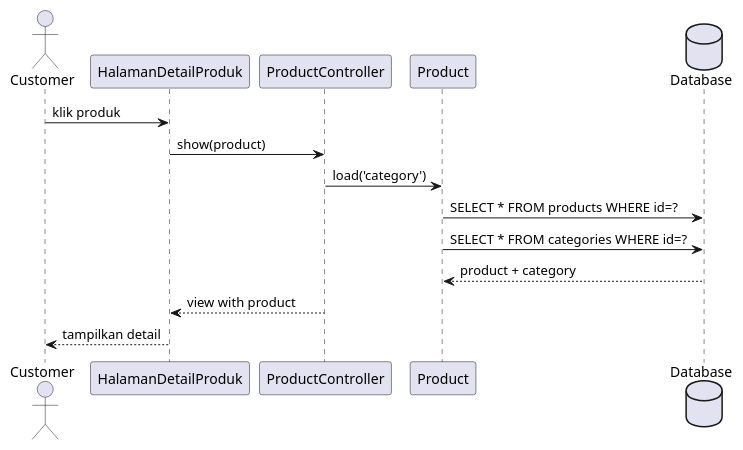
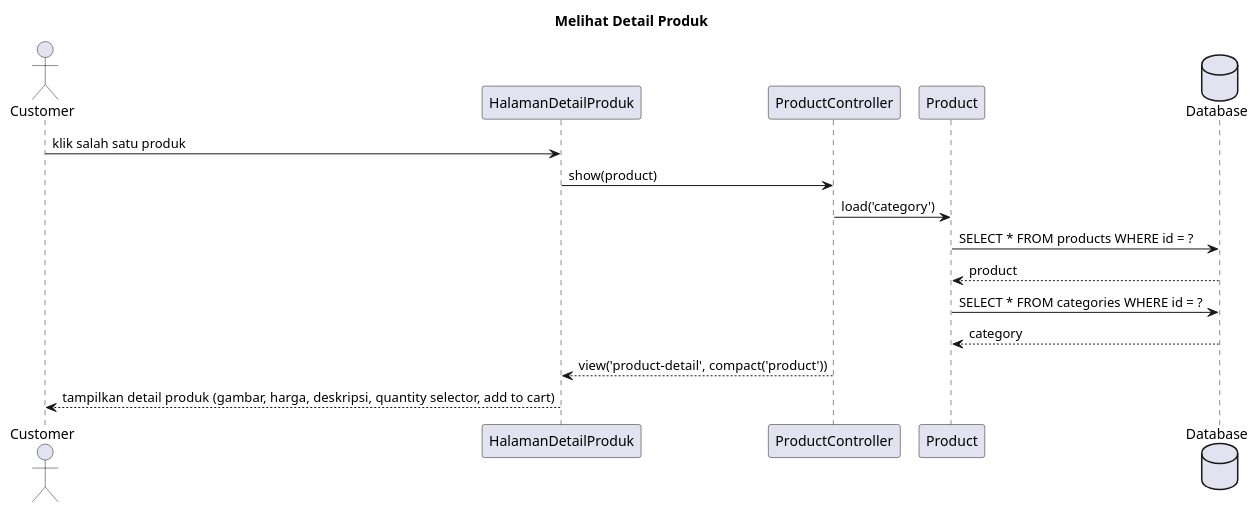
Before and after one commit to notsorcerer/ABP-WEB: the fourth of 10 diagrams in DPPL.md, drawn with PlantUML. The commit also changed other lines of this file and 1 other file, not shown here.

````diff
--- a/DPPL.md
+++ b/DPPL.md
@@ -1241,20 +1168,21 @@
 ```plantuml
 @startuml
+title Melihat Detail Produk
+
 actor Customer
 participant "HalamanDetailProduk" as UI
 participant "ProductController" as C
 participant "Product" as M
 database "Database" as DB
 
-Customer -> UI : klik produk
+Customer -> UI : klik salah satu produk
 UI -> C : show(product)
-
 C -> M : load('category')
-M -> DB : SELECT * FROM products WHERE id=?
-M -> DB : SELECT * FROM categories WHERE id=?
-DB --> M : product + category
-
-C --> UI : view with product
-UI --> Customer : tampilkan detail
+M -> DB : SELECT * FROM products WHERE id = ?
+DB --> M : product
+M -> DB : SELECT * FROM categories WHERE id = ?
+DB --> M : category
+C --> UI : view('product-detail', compact('product'))
+UI --> Customer : tampilkan detail produk (gambar, harga, deskripsi, quantity selector, add to cart)
 @enduml
 ```
````
